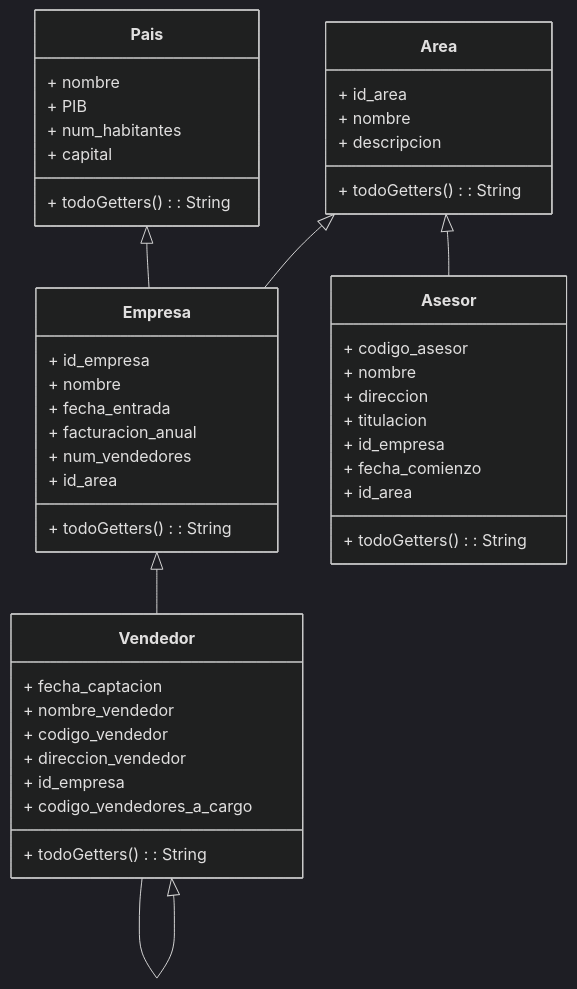
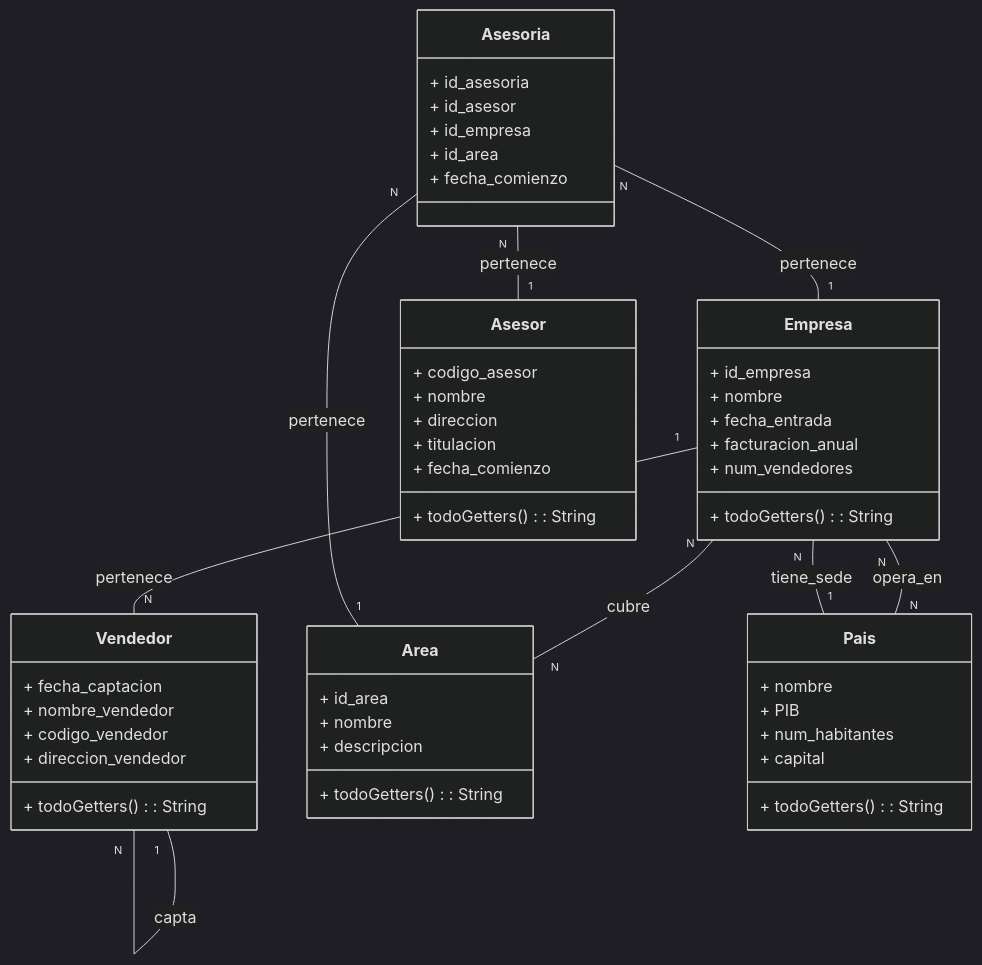
The diagram in EDD/OjedaLeonRuben.zip Entornos de Desarrollo Desarrollo de Aplicaciones Web - Curso 2024/OjedaLeonRuben.zip/Actividad1.md (ojedv/WebBarrioLocal), drawn with Mermaid (dark theme) before and after one commit.

Commit message:
Actividad1_corregida

````diff
--- a/EDD/OjedaLeonRuben.zip Entornos de Desarrollo Desarrollo de Aplicaciones Web - Curso 2024/OjedaLeonRuben.zip/Actividad1.md
+++ b/EDD/OjedaLeonRuben.zip Entornos de Desarrollo Desarrollo de Aplicaciones Web - Curso 2024/OjedaLeonRuben.zip/Actividad1.md
@@ -1,55 +1,60 @@
 ```mermaid
 classDiagram
     class Vendedor{
         + fecha_captacion
         + nombre_vendedor
         + codigo_vendedor
         + direccion_vendedor
-        + id_empresa
-        + codigo_vendedores_a_cargo
-
         + todoGetters(): String
     }
       class Empresa{
         + id_empresa
         + nombre 
         + fecha_entrada
         + facturacion_anual
         + num_vendedores
-        + id_area
         + todoGetters(): String
     }
     class Area{
         + id_area
         + nombre 
         + descripcion
         + todoGetters(): String
     }
     class Pais{
         + nombre 
         + PIB
         + num_habitantes
         + capital
         + todoGetters(): String
     }
+    class Asesoria{
+        + id_asesoria
+        + id_asesor
+        + id_empresa
+        + id_area
+        + fecha_comienzo
+    }
     class Asesor{
         + codigo_asesor
         + nombre 
         + direccion
         + titulacion
-        + id_empresa
         + fecha_comienzo
-        + id_area
 
         + todoGetters(): String
     }
    
 
 
-    Empresa <|-- Vendedor
-    Vendedor <|-- Vendedor
-    Area <|-- Empresa
-    Area <|-- Asesor
-    Pais <|-- Empresa
+    Empresa "N" -- "N" Area : cubre
+    Empresa "N" -- "N" Pais : opera_en
+    Empresa "N" -- "1" Pais : tiene_sede
+    Vendedor "1" -- "N" Vendedor : capta
+    Empresa "1" -- "N" Vendedor : pertenece
+    Asesoria "N" -- "1" Asesor : pertenece
+    Asesoria "N" -- "1" Empresa : pertenece
+    Asesoria "N" -- "1" Area : pertenece
+
  
 ```
````
